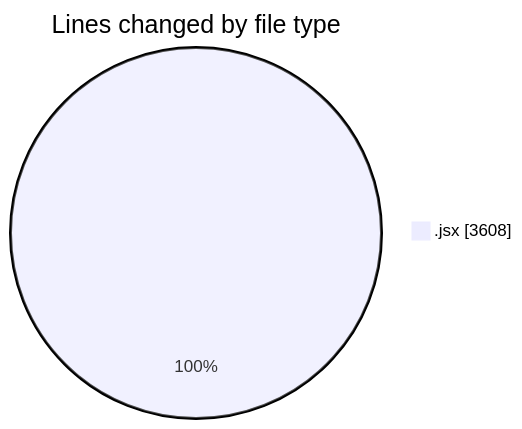
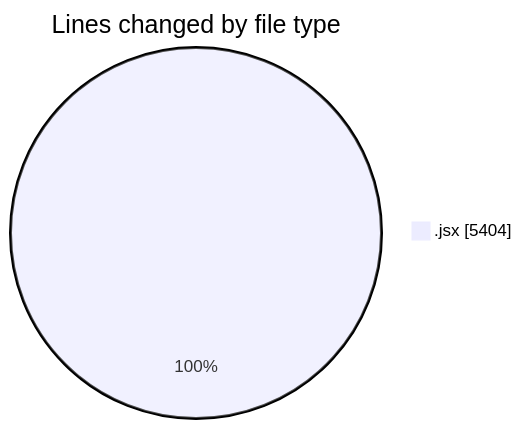
One commit to nxtqubesakshisongat/code-tracking changed the first of 2 diagrams in 2025-06-14/nxtqube_webapp/README.md. Above: the diagram before and after it, drawn with Mermaid. The commit also changed other lines of this file and 1 other file, not shown here.

````diff
--- a/2025-06-14/nxtqube_webapp/README.md
+++ b/2025-06-14/nxtqube_webapp/README.md
@@ -25,5 +26,5 @@
 ```mermaid
 pie showData
 title Lines changed by file type
-".jsx" : 3608
+".jsx" : 5404
 ```
````
